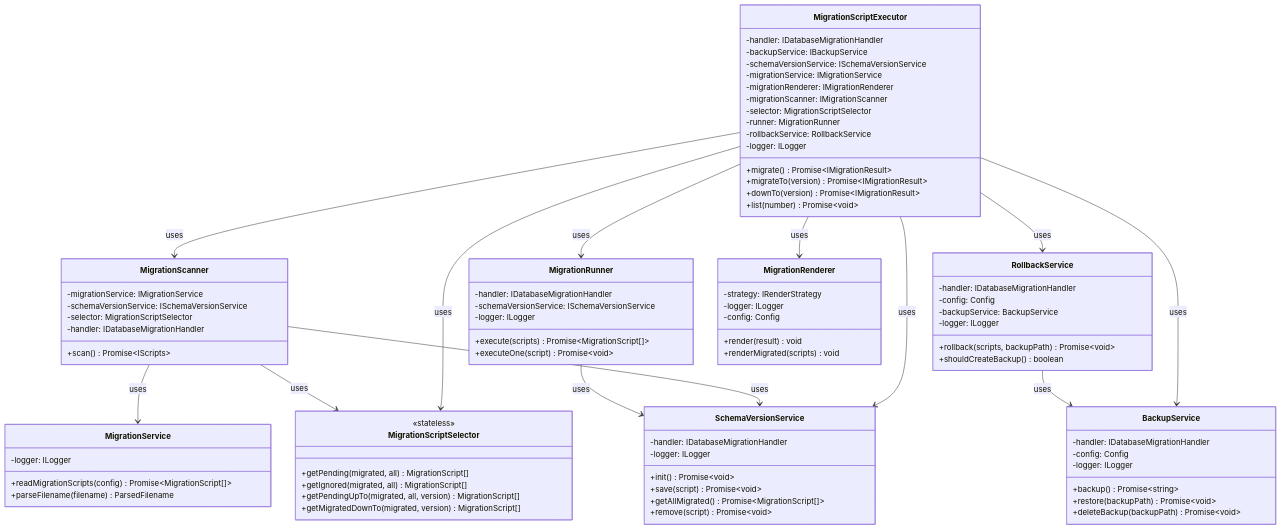
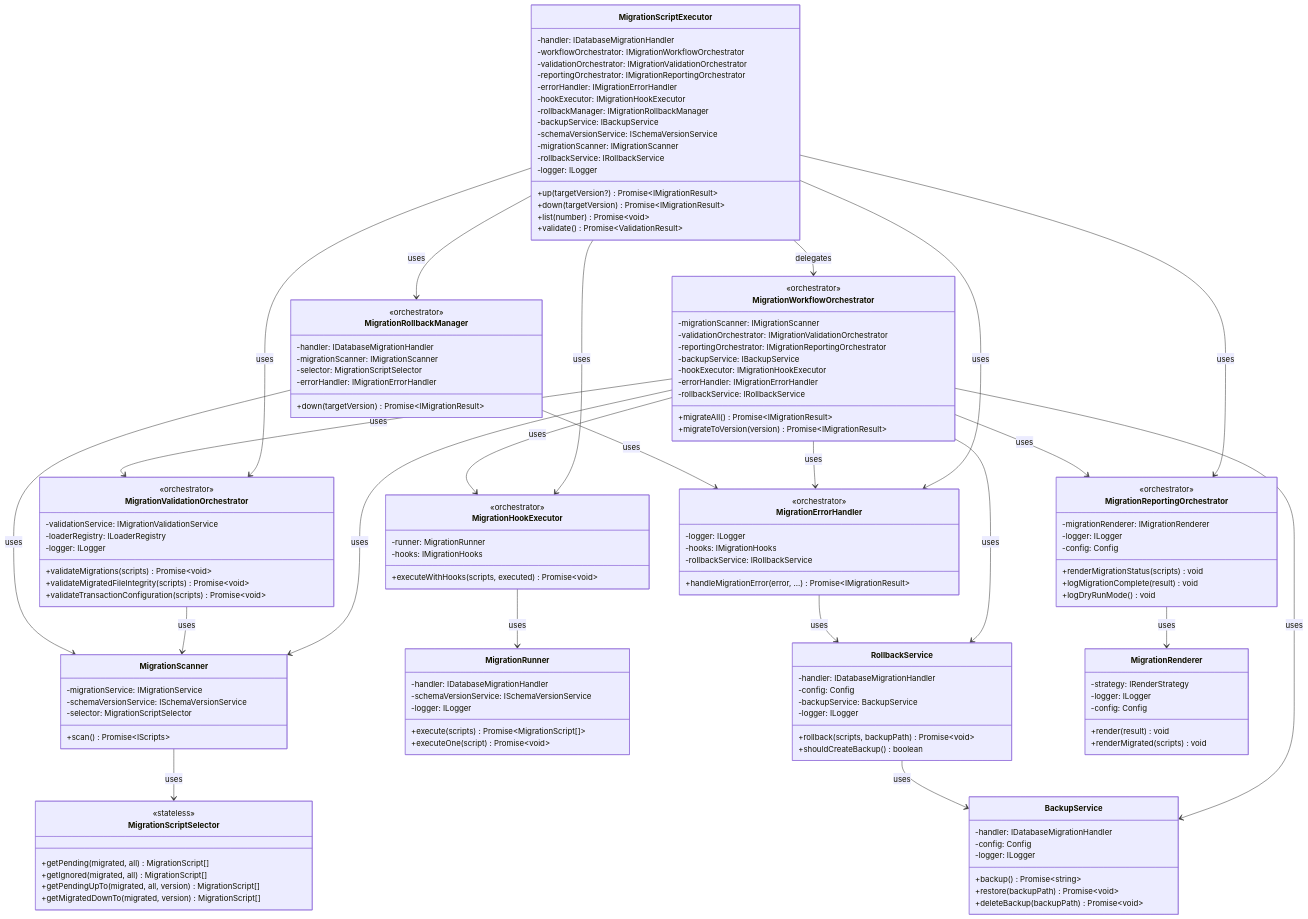
Before and after one commit to vlavrynovych/msr: the first of 2 diagrams in docs/development/architecture/design-patterns.md, drawn with Mermaid. The commit also changed other lines of this file and 26 other files, not shown here.

First line of the commit message:
#97: Refactor MigrationScriptExecutor using Orchestrator Pattern

````diff
--- a/docs/development/architecture/design-patterns.md
+++ b/docs/development/architecture/design-patterns.md
@@ -27,26 +27,84 @@
 classDiagram
     class MigrationScriptExecutor {
         -handler: IDatabaseMigrationHandler
-        -backupService: IBackup<IDB>Service
-        -schemaVersionService: ISchemaVersionService<IDB>
-        -migrationService: IMigrationService
+        -workflowOrchestrator: IMigrationWorkflowOrchestrator
+        -validationOrchestrator: IMigrationValidationOrchestrator
+        -reportingOrchestrator: IMigrationReportingOrchestrator
+        -errorHandler: IMigrationErrorHandler
+        -hookExecutor: IMigrationHookExecutor
+        -rollbackManager: IMigrationRollbackManager
+        -backupService: IBackupService
+        -schemaVersionService: ISchemaVersionService
+        -migrationScanner: IMigrationScanner
+        -rollbackService: IRollbackService
+        -logger: ILogger
+        +up(targetVersion?) Promise~IMigrationResult~
+        +down(targetVersion) Promise~IMigrationResult~
+        +list(number) Promise~void~
+        +validate() Promise~ValidationResult~
+    }
+
+    class MigrationWorkflowOrchestrator {
+        <<orchestrator>>
+        -migrationScanner: IMigrationScanner
+        -validationOrchestrator: IMigrationValidationOrchestrator
+        -reportingOrchestrator: IMigrationReportingOrchestrator
+        -backupService: IBackupService
+        -hookExecutor: IMigrationHookExecutor
+        -errorHandler: IMigrationErrorHandler
+        -rollbackService: IRollbackService
+        +migrateAll() Promise~IMigrationResult~
+        +migrateToVersion(version) Promise~IMigrationResult~
+    }
+
+    class MigrationValidationOrchestrator {
+        <<orchestrator>>
+        -validationService: IMigrationValidationService
+        -loaderRegistry: ILoaderRegistry
+        -logger: ILogger
+        +validateMigrations(scripts) Promise~void~
+        +validateMigratedFileIntegrity(scripts) Promise~void~
+        +validateTransactionConfiguration(scripts) Promise~void~
+    }
+
+    class MigrationReportingOrchestrator {
+        <<orchestrator>>
         -migrationRenderer: IMigrationRenderer
+        -logger: ILogger
+        -config: Config
+        +renderMigrationStatus(scripts) void
+        +logMigrationComplete(result) void
+        +logDryRunMode() void
+    }
+
+    class MigrationErrorHandler {
+        <<orchestrator>>
+        -logger: ILogger
+        -hooks: IMigrationHooks
+        -rollbackService: IRollbackService
+        +handleMigrationError(error, ...) Promise~IMigrationResult~
+    }
+
+    class MigrationHookExecutor {
+        <<orchestrator>>
+        -runner: MigrationRunner
+        -hooks: IMigrationHooks
+        +executeWithHooks(scripts, executed) Promise~void~
+    }
+
+    class MigrationRollbackManager {
+        <<orchestrator>>
+        -handler: IDatabaseMigrationHandler
         -migrationScanner: IMigrationScanner
         -selector: MigrationScriptSelector
-        -runner: MigrationRunner
-        -rollbackService: RollbackService
-        -logger: ILogger
-        +migrate() Promise~IMigrationResult~
-        +migrateTo(version) Promise~IMigrationResult~
-        +downTo(version) Promise~IMigrationResult~
-        +list(number) Promise~void~
+        -errorHandler: IMigrationErrorHandler
+        +down(targetVersion) Promise~IMigrationResult~
     }
 
     class MigrationScanner {
         -migrationService: IMigrationService
-        -schemaVersionService: ISchemaVersionService<IDB>
+        -schemaVersionService: ISchemaVersionService
         -selector: MigrationScriptSelector
-        -handler: IDatabaseMigrationHandler
         +scan() Promise~IScripts~
     }
 
@@ -60,7 +118,7 @@
 
     class MigrationRunner {
         -handler: IDatabaseMigrationHandler
-        -schemaVersionService: ISchemaVersionService<IDB>
+        -schemaVersionService: ISchemaVersionService
         -logger: ILogger
         +execute(scripts) Promise~MigrationScript[]~
         +executeOne(script) Promise~void~
@@ -73,21 +131,6 @@
         +backup() Promise~string~
         +restore(backupPath) Promise~void~
         +deleteBackup(backupPath) Promise~void~
-    }
-
-    class SchemaVersionService {
-        -handler: IDatabaseMigrationHandler
-        -logger: ILogger
-        +init() Promise~void~
-        +save(script) Promise~void~
-        +getAllMigrated() Promise~MigrationScript[]~
-        +remove(script) Promise~void~
-    }
-
-    class MigrationService {
-        -logger: ILogger
-        +readMigrationScripts(config) Promise~MigrationScript[]~
-        +parseFilename(filename) ParsedFilename
     }
 
     class RollbackService {
@@ -107,19 +150,32 @@
         +renderMigrated(scripts) void
     }
 
-    MigrationScriptExecutor --> MigrationScanner : uses
-    MigrationScriptExecutor --> MigrationScriptSelector : uses
-    MigrationScriptExecutor --> MigrationRunner : uses
-    MigrationScriptExecutor --> BackupService : uses
-    MigrationScriptExecutor --> SchemaVersionService : uses
-    MigrationScriptExecutor --> RollbackService : uses
-    MigrationScriptExecutor --> MigrationRenderer : uses
+    %% Main executor delegates to orchestrators
+    MigrationScriptExecutor --> MigrationWorkflowOrchestrator : delegates
+    MigrationScriptExecutor --> MigrationValidationOrchestrator : uses
+    MigrationScriptExecutor --> MigrationReportingOrchestrator : uses
+    MigrationScriptExecutor --> MigrationErrorHandler : uses
+    MigrationScriptExecutor --> MigrationHookExecutor : uses
+    MigrationScriptExecutor --> MigrationRollbackManager : uses
 
-    MigrationScanner --> MigrationService : uses
-    MigrationScanner --> SchemaVersionService : uses
+    %% Workflow orchestrator coordinates
+    MigrationWorkflowOrchestrator --> MigrationScanner : uses
+    MigrationWorkflowOrchestrator --> MigrationValidationOrchestrator : uses
+    MigrationWorkflowOrchestrator --> MigrationReportingOrchestrator : uses
+    MigrationWorkflowOrchestrator --> MigrationHookExecutor : uses
+    MigrationWorkflowOrchestrator --> MigrationErrorHandler : uses
+    MigrationWorkflowOrchestrator --> BackupService : uses
+    MigrationWorkflowOrchestrator --> RollbackService : uses
+
+    %% Other orchestrator dependencies
+    MigrationValidationOrchestrator --> MigrationScanner : uses
+    MigrationReportingOrchestrator --> MigrationRenderer : uses
+    MigrationHookExecutor --> MigrationRunner : uses
+    MigrationErrorHandler --> RollbackService : uses
+    MigrationRollbackManager --> MigrationScanner : uses
+    MigrationRollbackManager --> MigrationErrorHandler : uses
+
+    %% Service dependencies
     MigrationScanner --> MigrationScriptSelector : uses
-
-    MigrationRunner --> SchemaVersionService : uses
-
     RollbackService --> BackupService : uses
 ```
````
